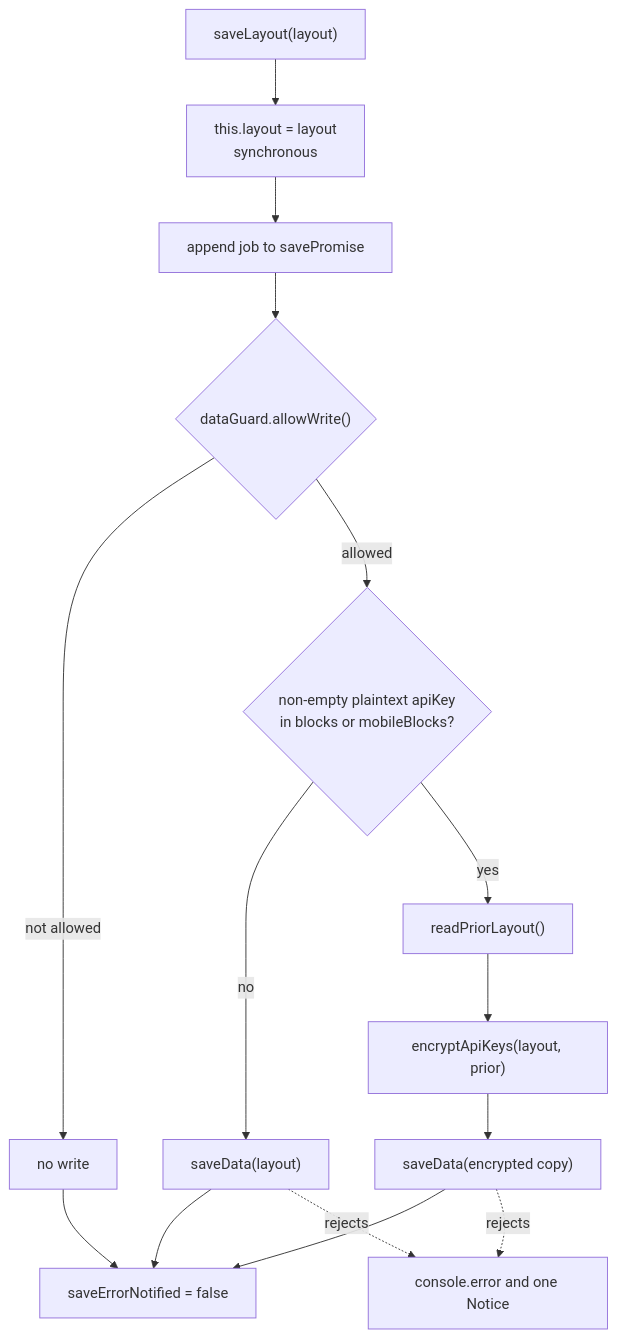
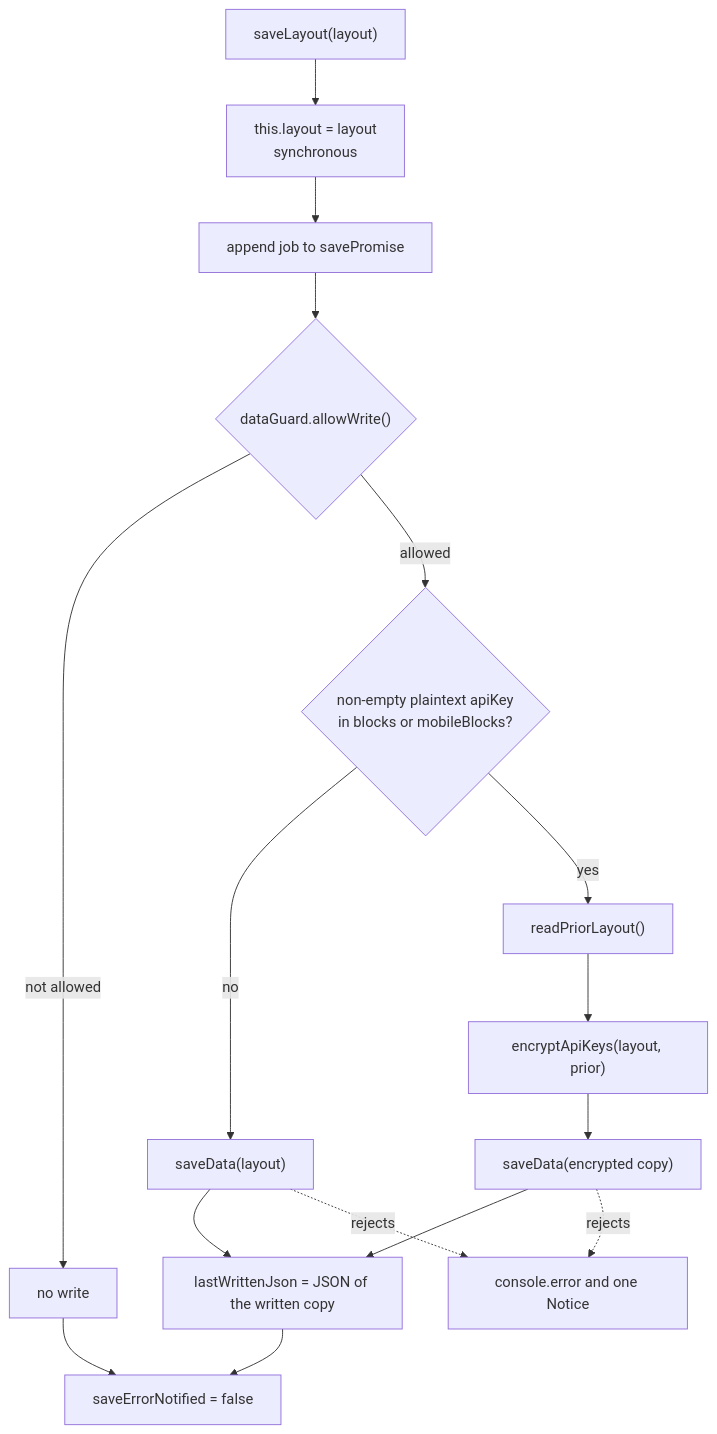
The second of 3 diagrams in docs/api/plugin.md (acaprino/obsidian-plugin-homepage), drawn with Mermaid before and after one commit. The commit also changed other lines of this file and 10 other files, not shown here.

````diff
--- a/docs/api/plugin.md
+++ b/docs/api/plugin.md
@@ -106,17 +113,18 @@
 ```mermaid
 flowchart TD
   A["saveLayout(layout)"] --> B["this.layout = layout<br/>synchronous"]
   B --> C["append job to savePromise"]
   C --> D{"dataGuard.allowWrite()"}
   D -- "not allowed" --> S["no write"]
   D -- "allowed" --> E{"non-empty plaintext apiKey<br/>in blocks or mobileBlocks?"}
   E -- "no" --> F["saveData(layout)"]
   E -- "yes" --> G["readPriorLayout()"]
   G --> H["encryptApiKeys(layout, prior)"]
   H --> F2["saveData(encrypted copy)"]
-  F --> OK["saveErrorNotified = false"]
-  F2 --> OK
+  F --> LW["lastWrittenJson = JSON of the written copy"]
+  F2 --> LW
+  LW --> OK["saveErrorNotified = false"]
   S --> OK
   F -.->|rejects| ERR["console.error and one Notice"]
   F2 -.->|rejects| ERR
 ```
````
